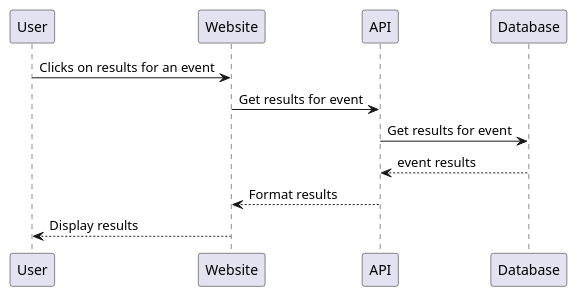
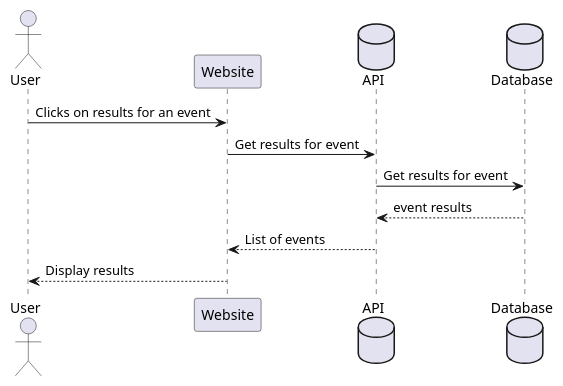
One commit to skarning/software-engineering-gr14-project changed the diagram in diagrams/plantuml-src/get-athlete-results.plantuml. Above: the diagram before and after it, drawn with PlantUML.

Commit message:
Added better logos in sequence diagram to better visualize the system

```diff
--- a/diagrams/plantuml-src/get-athlete-results.plantuml
+++ b/diagrams/plantuml-src/get-athlete-results.plantuml
@@ -1,8 +1,13 @@
 @startuml
+actor User
+participant Website
+database API
+database Database
+
 User -> Website: Clicks on results for an event
 Website -> API: Get results for event
 API -> Database: Get results for event
 Database --> API: event results
-API --> Website: Format results
+API --> Website: List of events
 Website --> User: Display results
 @enduml
```
